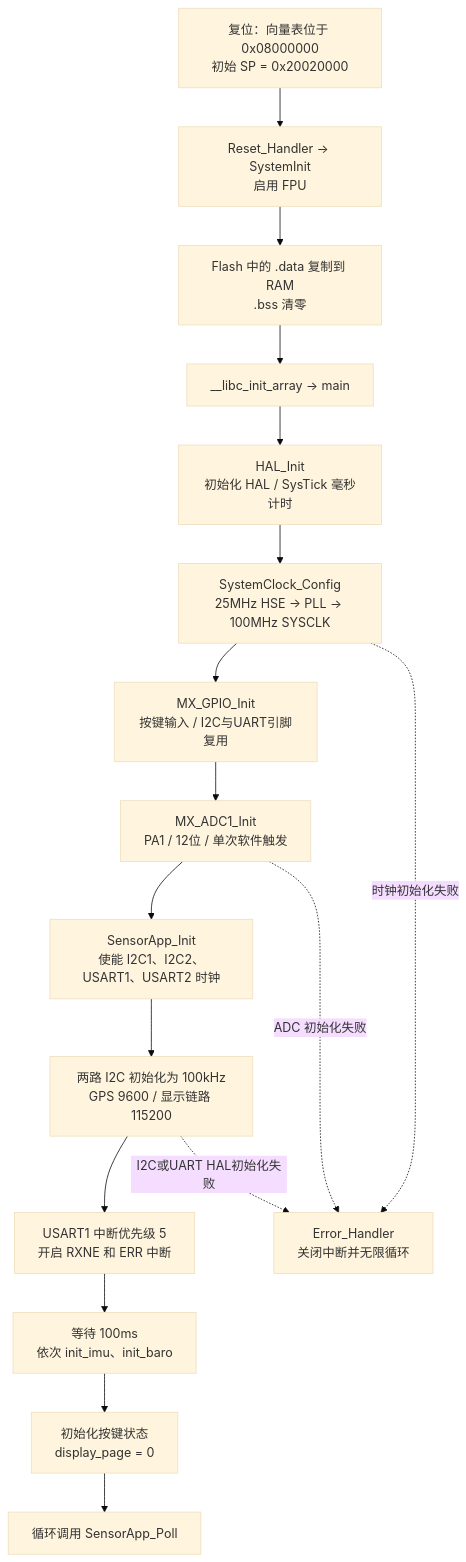
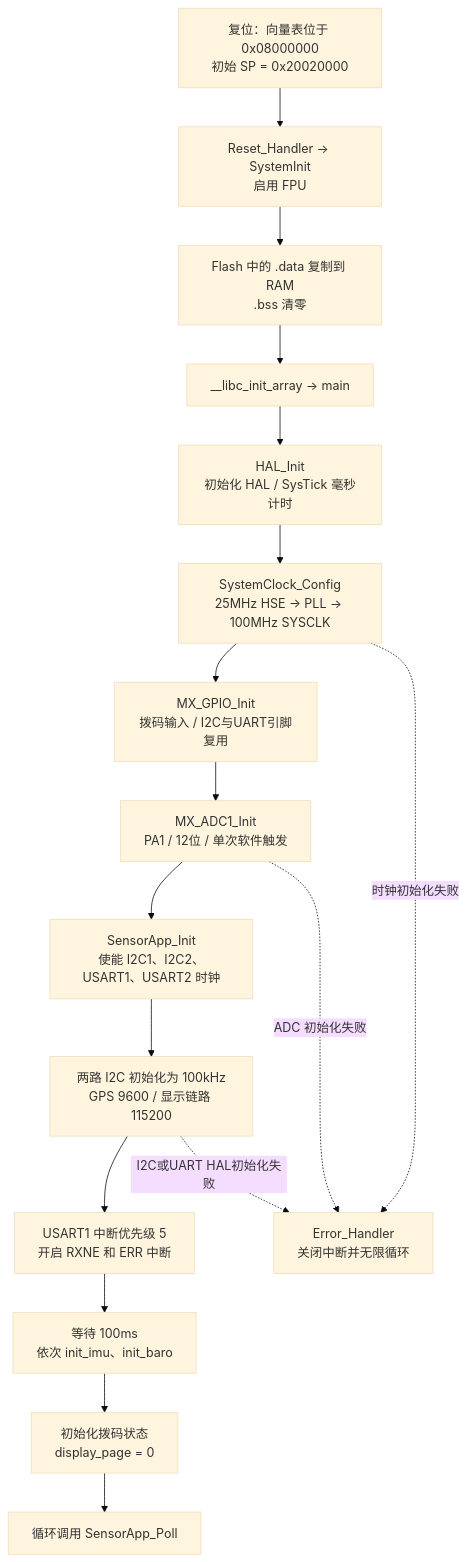
One commit to Killvinrie/quad changed the second of 16 diagrams in software/docs/PROGRAM_FLOW.md. Above: the diagram before and after it, drawn with Mermaid (base theme). The commit also changed other lines of this file and 31 other files, not shown here.

````diff
--- a/software/docs/PROGRAM_FLOW.md
+++ b/software/docs/PROGRAM_FLOW.md
@@ -33,19 +33,19 @@
 ```mermaid
 flowchart TD
     A["复位：向量表位于 0x08000000<br/>初始 SP = 0x20020000"] --> B["Reset_Handler → SystemInit<br/>启用 FPU"]
     B --> C["Flash 中的 .data 复制到 RAM<br/>.bss 清零"]
     C --> D["__libc_init_array → main"]
     D --> E["HAL_Init<br/>初始化 HAL / SysTick 毫秒计时"]
     E --> F["SystemClock_Config<br/>25MHz HSE → PLL → 100MHz SYSCLK"]
-    F --> G["MX_GPIO_Init<br/>按键输入 / I2C与UART引脚复用"]
+    F --> G["MX_GPIO_Init<br/>拨码输入 / I2C与UART引脚复用"]
     G --> H["MX_ADC1_Init<br/>PA1 / 12位 / 单次软件触发"]
     H --> I["SensorApp_Init<br/>使能 I2C1、I2C2、USART1、USART2 时钟"]
     I --> J["两路 I2C 初始化为 100kHz<br/>GPS 9600 / 显示链路 115200"]
     J --> K["USART1 中断优先级 5<br/>开启 RXNE 和 ERR 中断"]
     K --> L["等待 100ms<br/>依次 init_imu、init_baro"]
-    L --> M["初始化按键状态<br/>display_page = 0"]
+    L --> M["初始化拨码状态<br/>display_page = 0"]
     M --> N["循环调用 SensorApp_Poll"]
     F -. "时钟初始化失败" .-> X["Error_Handler<br/>关闭中断并无限循环"]
     H -. "ADC 初始化失败" .-> X
     J -. "I2C或UART HAL初始化失败" .-> X
 ```
````
